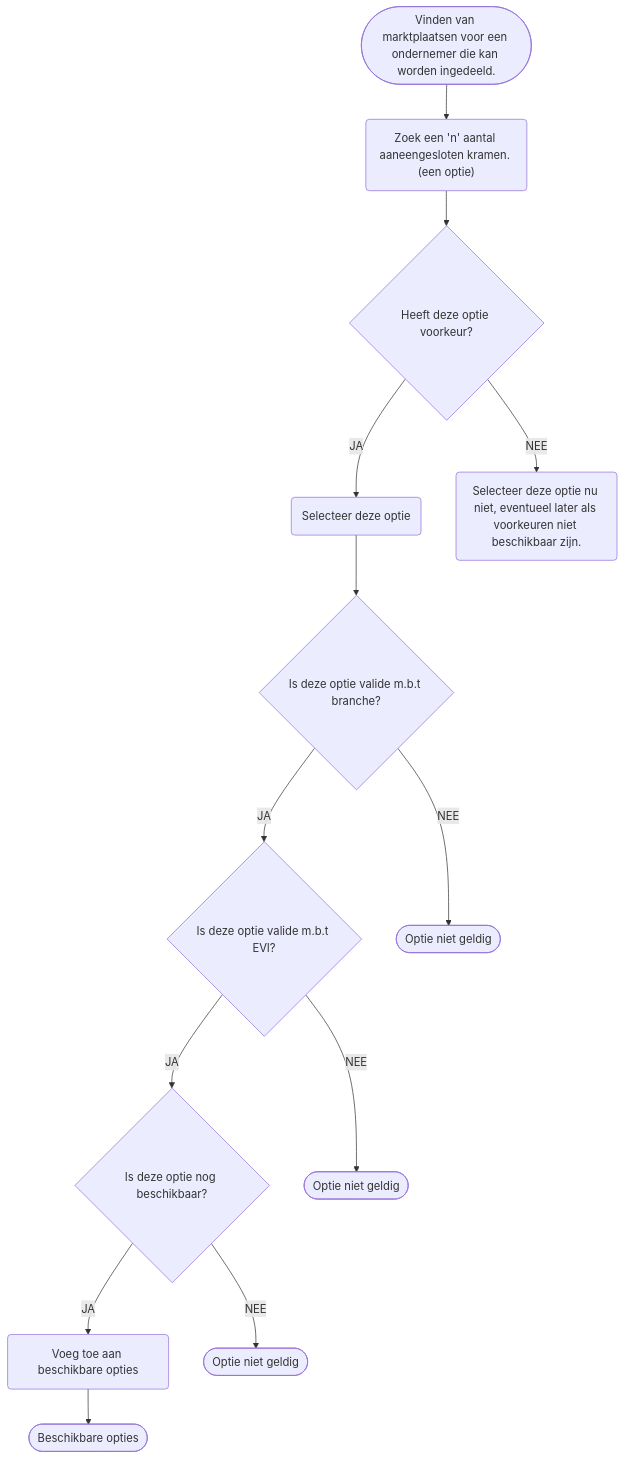
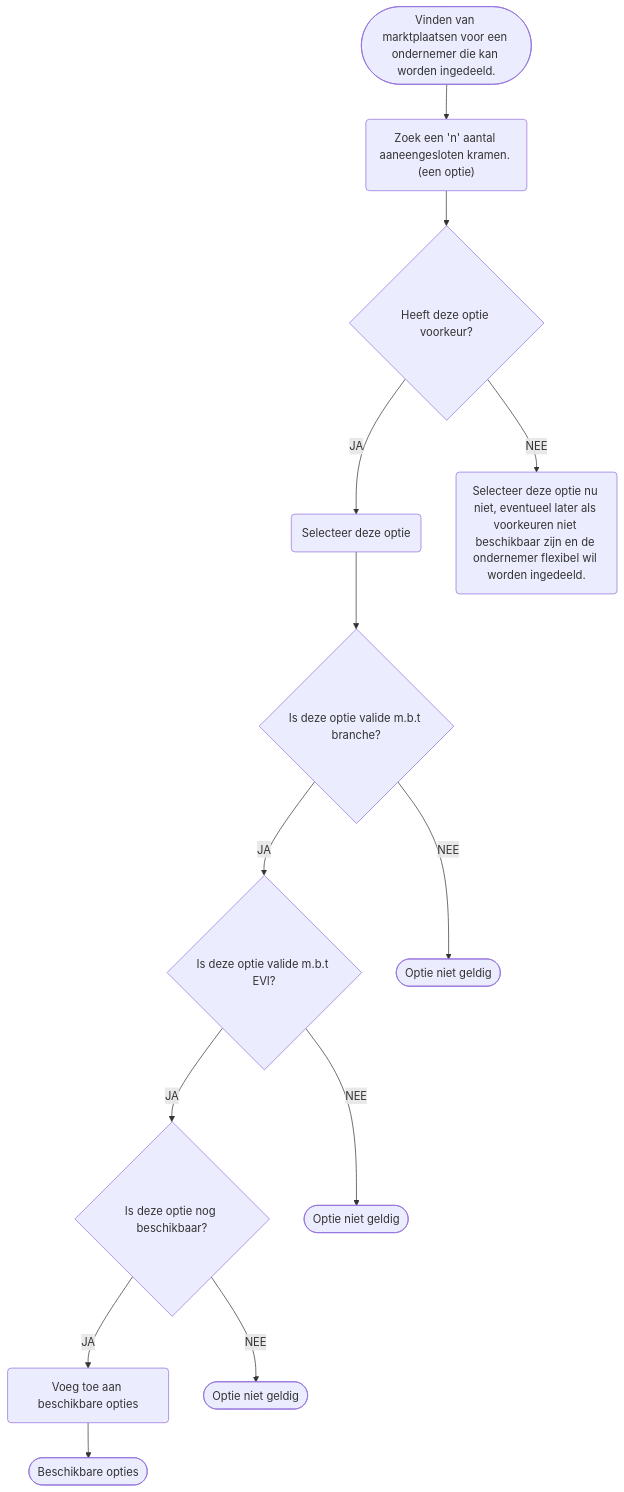
The diagram in diagrams/src/vinden_kramen.mmd (Amsterdam/makkelijkemarkt-allocation), drawn with Mermaid before and after one commit. The commit also changed 46 other files, not shown here.

Commit message:
new diagrams

```diff
--- a/diagrams/src/vinden_kramen.mmd
+++ b/diagrams/src/vinden_kramen.mmd
@@ -1,16 +1,16 @@
 graph TD
     A([Vinden van marktplaatsen voor een ondernemer die kan worden ingedeeld.]) -->
     B("Zoek een 'n' aantal aaneengesloten kramen. (een optie)") -->
     C{Heeft deze optie voorkeur?}
     C --JA--> C1(Selecteer deze optie) --> D
-    C --NEE--> C2(Selecteer deze optie nu niet, eventueel later als voorkeuren niet beschikbaar zijn.)
+    C --NEE--> C2(Selecteer deze optie nu niet, eventueel later als voorkeuren niet beschikbaar zijn en de ondernemer flexibel wil worden ingedeeld.)
     D{Is deze optie valide m.b.t branche?}
     D --JA--> E
     D --NEE--> D2([Optie niet geldig])
     E{Is deze optie valide m.b.t EVI?}
     E --JA--> F
     E --NEE--> E2([Optie niet geldig])
     F{Is deze optie nog beschikbaar?}
     F --JA--> OK(Voeg toe aan beschikbare opties) --> DONE
     F --NEE--> F2([Optie niet geldig])
     DONE([Beschikbare opties])
```
